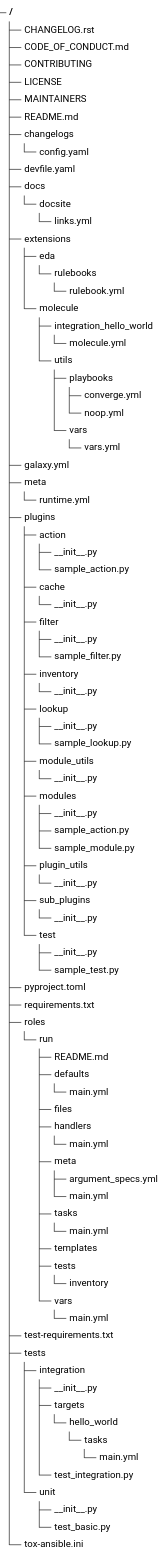
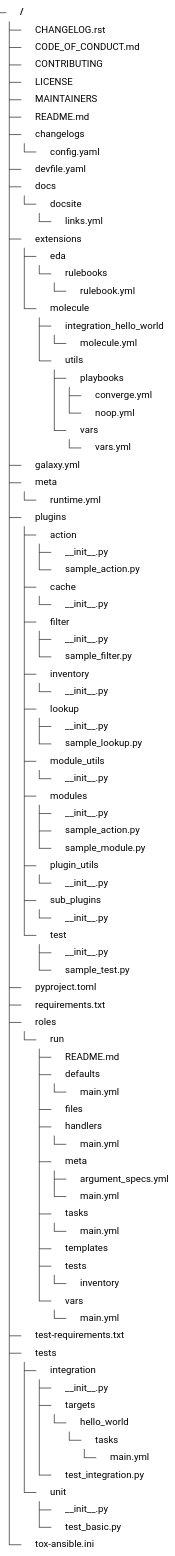
Before and after one commit to computacenter-com/ansible-best-practices: the second of 3 diagrams in docs/ansible/collections.md, drawn with Mermaid (forest theme). The commit also changed other lines of this file and 9 other files, not shown here.

Commit message:
Added logos to all treeView diagrams. Added JS script to register icon packs.

```diff
--- a/docs/ansible/collections.md
+++ b/docs/ansible/collections.md
@@ -99,6 +104,23 @@
     config:
       treeView:
         rowIndent: 20
+        defaultIconPack: vscode-icons
+        showIcons: true
+        filenameIcons:
+          LICENSE: file-type-license
+        extensionIcons:
+          .cfg: file-type-config
+          .ini: file-type-config
+          .j2: file-type-jinja
+          .json: file-type-json
+          .md: file-type-markdown
+          .py: file-type-python
+          .rst: file-type-rest
+          .sh: file-type-shell
+          .toml: file-type-toml
+          .txt: file-type-text
+          .yaml: file-type-light-yaml-official
+          .yml: file-type-light-yaml-official
     ---
     treeView-beta
     ├── CHANGELOG.rst
```
